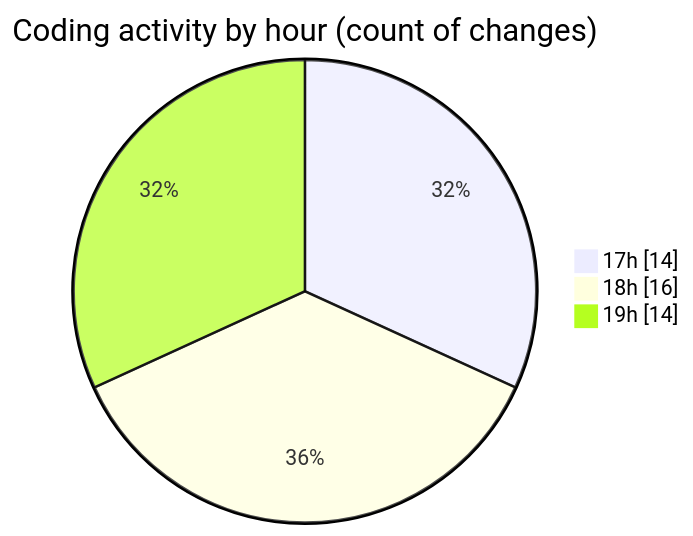
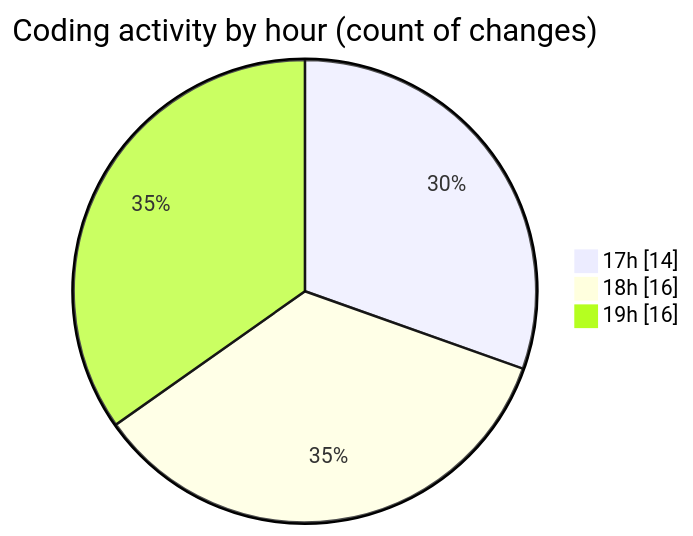
The second of 2 diagrams in 2025-05-01/jmasm/README.md (charlie-sans/code-tracking), drawn with Mermaid before and after one commit. The commit also changed other lines of this file and 1 other file, not shown here.

````diff
--- a/2025-05-01/jmasm/README.md
+++ b/2025-05-01/jmasm/README.md
@@ -39,7 +39,7 @@
 ```mermaid
 pie showData
 title Coding activity by hour (count of changes)
 "17h" : 14
 "18h" : 16
-"19h" : 14
+"19h" : 16
 ```
````
